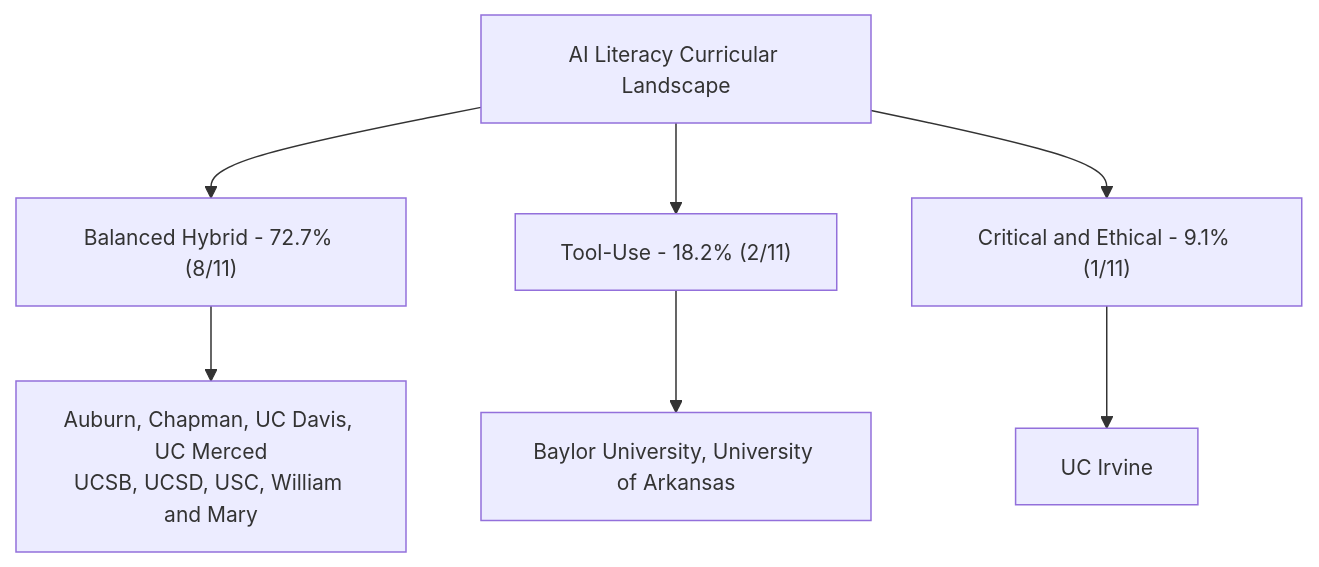
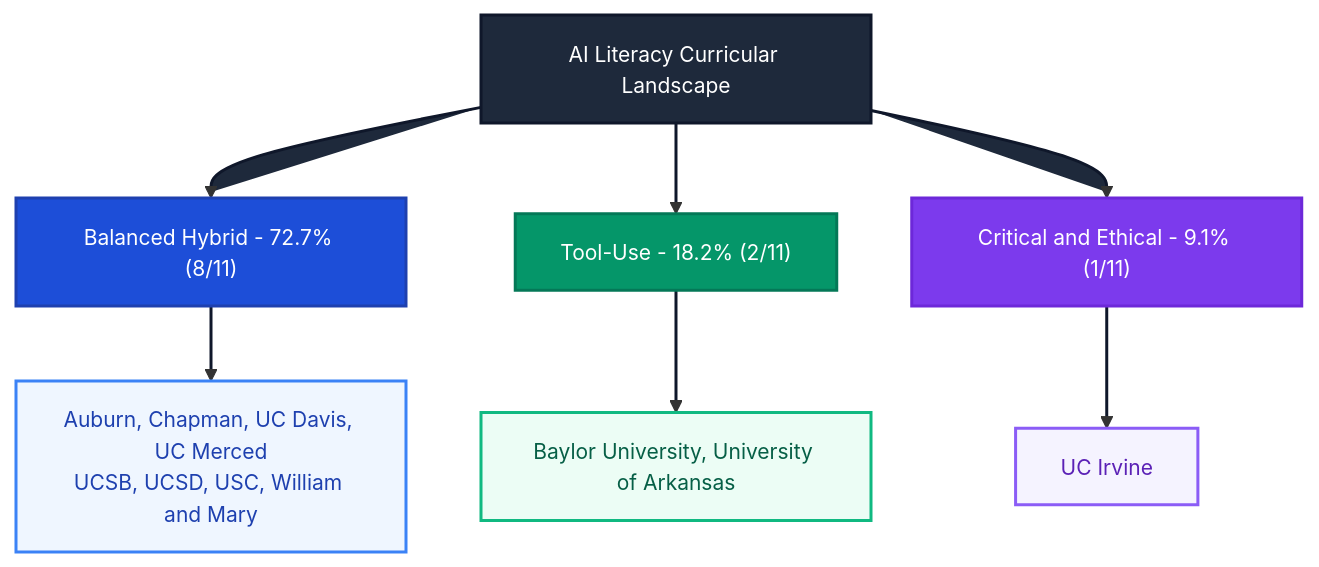
Before and after one commit to UCSB-Library-Research-Data-Services/AI-Literacy: the diagram in chapters/01-executive-summary.qmd, drawn with Mermaid. The commit also changed 16 other files, not shown here.

First line of the commit message:
Refactor Mermaid styles and enhance flowchart definitions

````diff
--- a/chapters/01-executive-summary.qmd
+++ b/chapters/01-executive-summary.qmd
@@ -32,14 +32,30 @@
 ```{mermaid}
 %%| fig-cap: "Distribution of Primary AI Literacy Curricular Orientations across Institutions"
 %%{init: {'flowchart': {'htmlLabels': false}, 'themeVariables': {'fontSize': '14px'}}}%%
 flowchart TD
     ROOT["AI Literacy Curricular Landscape"]
     ROOT --> T1["Balanced Hybrid - 72.7% (8/11)"]
     ROOT --> T2["Tool-Use - 18.2% (2/11)"]
     ROOT --> T3["Critical and Ethical - 9.1% (1/11)"]
 
     T1 --> I1["`Auburn, Chapman, UC Davis, UC Merced
                 UCSB, UCSD, USC, William and Mary`"]
     T2 --> I2["Baylor University, University of Arkansas"]
     T3 --> I3["UC Irvine"]
+
+    classDef root fill:#1e293b,stroke:#0f172a,stroke-width:2px,color:#ffffff;
+    classDef hybridHeader fill:#1d4ed8,stroke:#1e40af,stroke-width:2px,color:#ffffff;
+    classDef hybridNode fill:#eff6ff,stroke:#3b82f6,stroke-width:2px,color:#1e40af;
+    classDef toolHeader fill:#059669,stroke:#047857,stroke-width:2px,color:#ffffff;
+    classDef toolNode fill:#ecfdf5,stroke:#10b981,stroke-width:2px,color:#065f46;
+    classDef critHeader fill:#7c3aed,stroke:#6d28d9,stroke-width:2px,color:#ffffff;
+    classDef critNode fill:#f5f3ff,stroke:#8b5cf6,stroke-width:2px,color:#5b21b6;
+
+    class ROOT root;
+    class T1 hybridHeader;
+    class I1 hybridNode;
+    class T2 toolHeader;
+    class I2 toolNode;
+    class T3 critHeader;
+    class I3 critNode;
 ```
````
